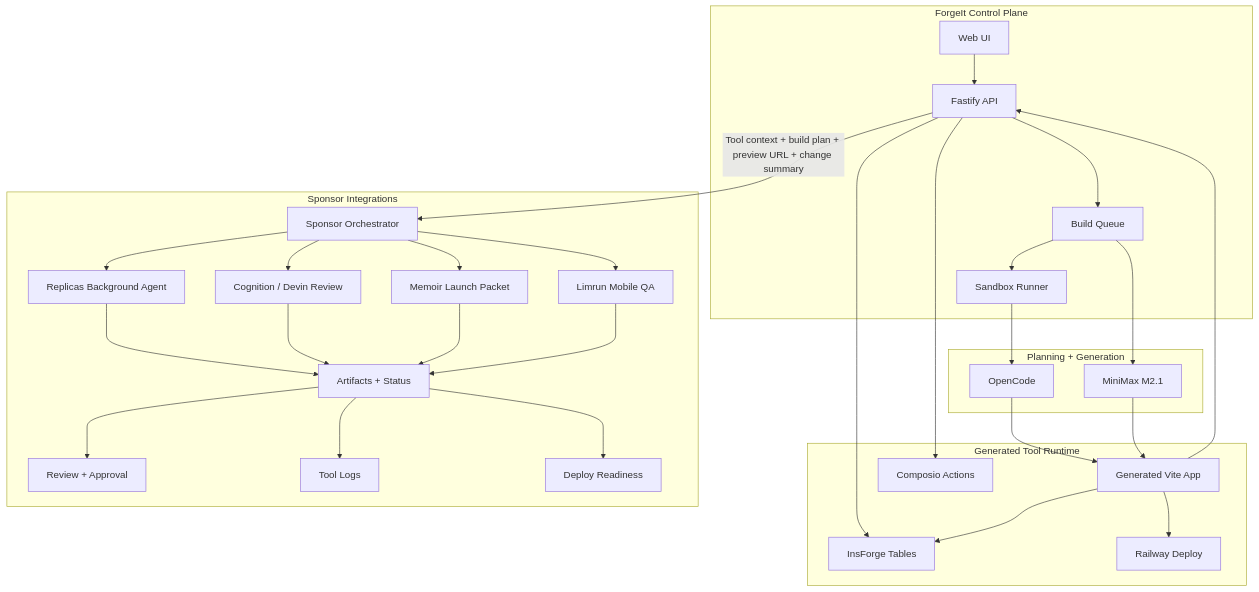
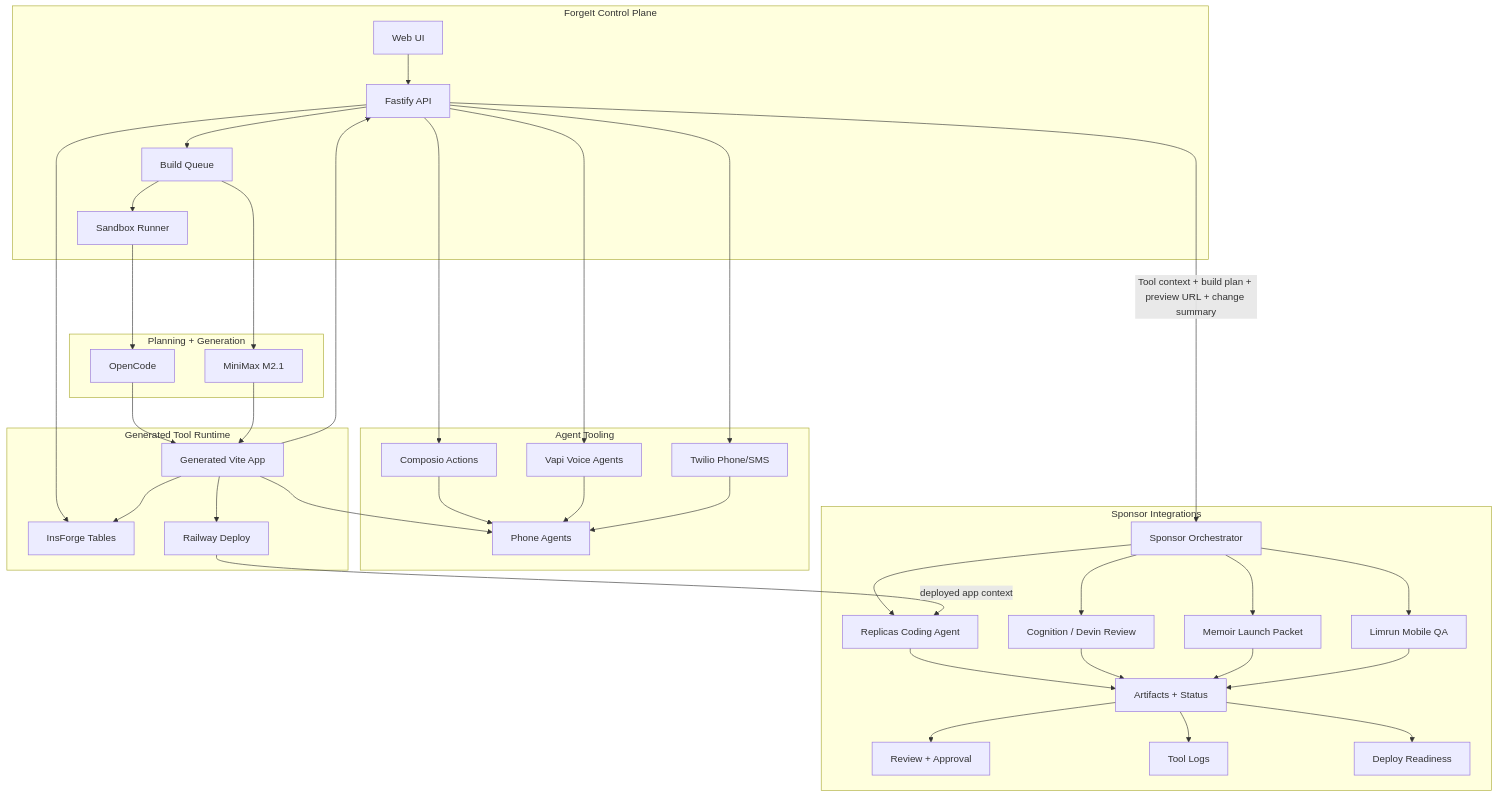
Before and after one commit to kgarg2468/forge-it: the second of 2 diagrams in README.md, drawn with Mermaid. The commit also changed other lines of this file, not shown here.

Commit message:
Update readme agent integrations

````diff
--- a/README.md
+++ b/README.md
@@ -77,58 +80,71 @@
 ```mermaid
 flowchart TD
   subgraph ForgeIt["ForgeIt Control Plane"]
     Web["Web UI"]
     API["Fastify API"]
     Queue["Build Queue"]
     Runner["Sandbox Runner"]
   end
 
   subgraph Intelligence["Planning + Generation"]
     MiniMax["MiniMax M2.1"]
     OpenCode["OpenCode"]
   end
 
   subgraph Runtime["Generated Tool Runtime"]
     App["Generated Vite App"]
     InsForge["InsForge Tables"]
+    Railway["Railway Deploy"]
+  end
+
+  subgraph AgentTooling["Agent Tooling"]
     Composio["Composio Actions"]
-    Railway["Railway Deploy"]
+    Vapi["Vapi Voice Agents"]
+    Twilio["Twilio Phone/SMS"]
+    PhoneAgents["Phone Agents"]
   end
 
   subgraph SponsorLayer["Sponsor Integrations"]
     SponsorOrchestrator["Sponsor Orchestrator"]
-    Replicas["Replicas Background Agent"]
+    Replicas["Replicas Coding Agent"]
     Devin["Cognition / Devin Review"]
     Memoir["Memoir Launch Packet"]
     Limrun["Limrun Mobile QA"]
     SponsorArtifacts["Artifacts + Status"]
     ReviewApproval["Review + Approval"]
     ToolLogs["Tool Logs"]
     DeployReadiness["Deploy Readiness"]
   end
 
   Web --> API
   API --> Queue
   Queue --> MiniMax
   Queue --> Runner
   Runner --> OpenCode
   OpenCode --> App
   MiniMax --> App
   API --> InsForge
   App --> InsForge
   App --> API
   API --> Composio
+  API --> Vapi
+  API --> Twilio
+  Composio --> PhoneAgents
+  Vapi --> PhoneAgents
+  Twilio --> PhoneAgents
+  App --> PhoneAgents
   App --> Railway
   API -->|"Tool context + build plan + preview URL + change summary"| SponsorOrchestrator
   SponsorOrchestrator --> Replicas
   SponsorOrchestrator --> Devin
   SponsorOrchestrator --> Memoir
   SponsorOrchestrator --> Limrun
   Replicas --> SponsorArtifacts
+  Railway -->|"deployed app context"| Replicas
   Devin --> SponsorArtifacts
   Memoir --> SponsorArtifacts
   Limrun --> SponsorArtifacts
   SponsorArtifacts --> ReviewApproval
   SponsorArtifacts --> ToolLogs
   SponsorArtifacts --> DeployReadiness
 ```
````
